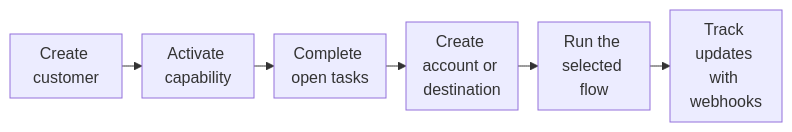
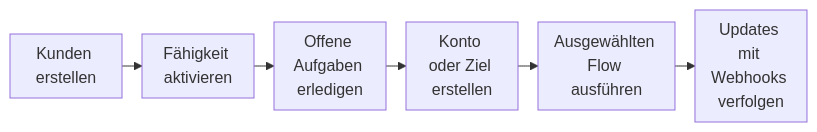
The diagram in de/integration/overview.mdx (swipelux/public-docs), drawn with Mermaid before and after one commit. The commit also changed 285 other files, not shown here.

````diff
--- a/de/integration/overview.mdx
+++ b/de/integration/overview.mdx
@@ -22,9 +22,9 @@
 ```mermaid
 %%{init: {"flowchart": {"rankSpacing": 20, "nodeSpacing": 16, "wrappingWidth": 80, "padding": 8}}}%%
 flowchart LR
-  A["Create customer"] --> B["Activate capability"]
-  B --> C["Complete open tasks"]
-  C --> D["Create account or destination"]
-  D --> E["Run the selected flow"]
-  E --> F["Track updates with webhooks"]
+  A["Kunden erstellen"] --> B["Fähigkeit aktivieren"]
+  B --> C["Offene Aufgaben erledigen"]
+  C --> D["Konto oder Ziel erstellen"]
+  D --> E["Ausgewählten Flow ausführen"]
+  E --> F["Updates mit Webhooks verfolgen"]
 ```
````
